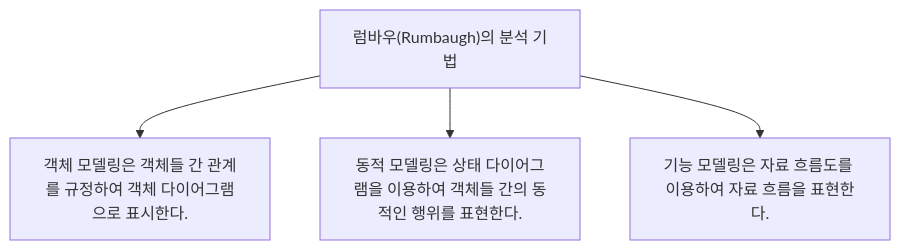
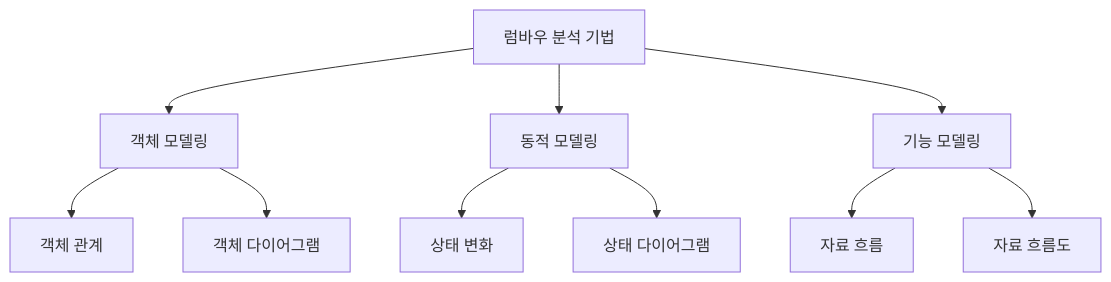
The first of 9 diagrams in 정보처리기사/1과목 소프트웨어 설계/037 럼바우(Rumbaugh)의 분석 기법/037 럼바우(Rumbaugh)의 분석 기법.md (nes0903/study), drawn with Mermaid before and after one commit. The commit also changed other lines of this file and 318 other files, not shown here.

````diff
--- a/정보처리기사/1과목 소프트웨어 설계/037 럼바우(Rumbaugh)의 분석 기법/037 럼바우(Rumbaugh)의 분석 기법.md
+++ b/정보처리기사/1과목 소프트웨어 설계/037 럼바우(Rumbaugh)의 분석 기법/037 럼바우(Rumbaugh)의 분석 기법.md
@@ -13,7 +14,13 @@
 ```mermaid
 flowchart TD
-    A["럼바우(Rumbaugh)의 분석 기법"]
-    A --> N1["객체 모델링은 객체들 간 관계를 규정하여 객체 다이어그램으로 표시한다."]
-    A --> N2["동적 모델링은 상태 다이어그램을 이용하여 객체들 간의 동적인 행위를 표현한다."]
-    A --> N3["기능 모델링은 자료 흐름도를 이용하여 자료 흐름을 표현한다."]
+    A["럼바우 분석 기법"]
+    A --> B["객체 모델링"]
+    A --> C["동적 모델링"]
+    A --> D["기능 모델링"]
+    B --> B1["객체 관계"]
+    B --> B2["객체 다이어그램"]
+    C --> C1["상태 변화"]
+    C --> C2["상태 다이어그램"]
+    D --> D1["자료 흐름"]
+    D --> D2["자료 흐름도"]
 ```
````
